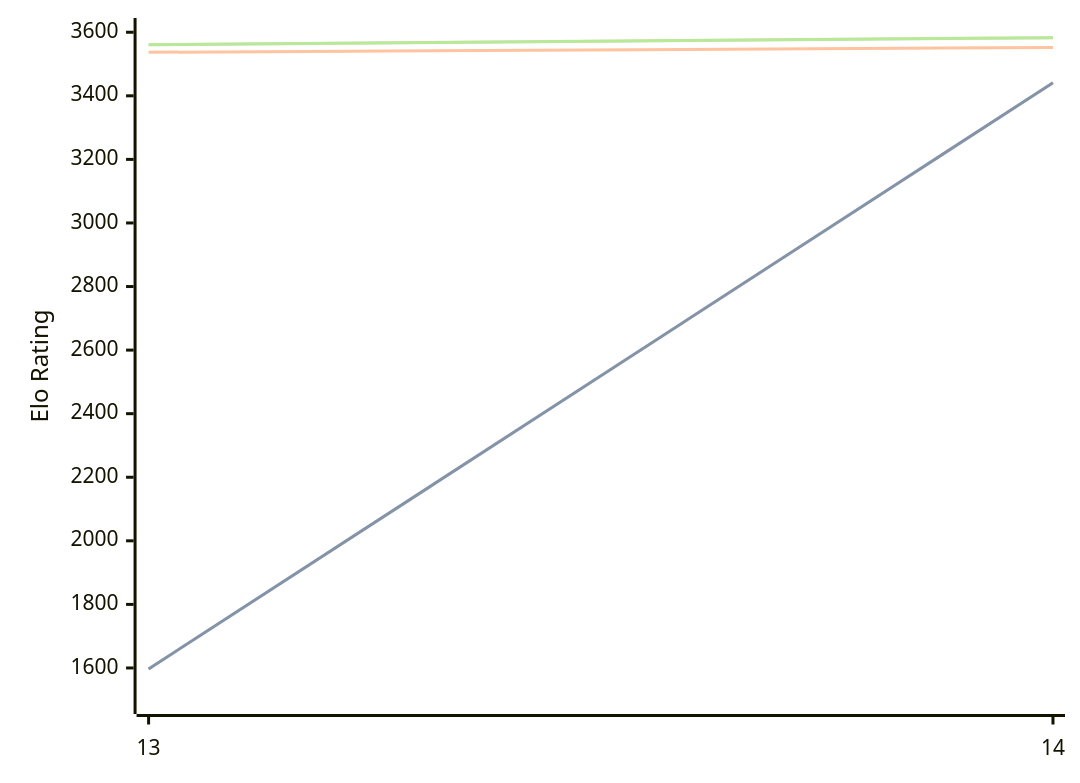
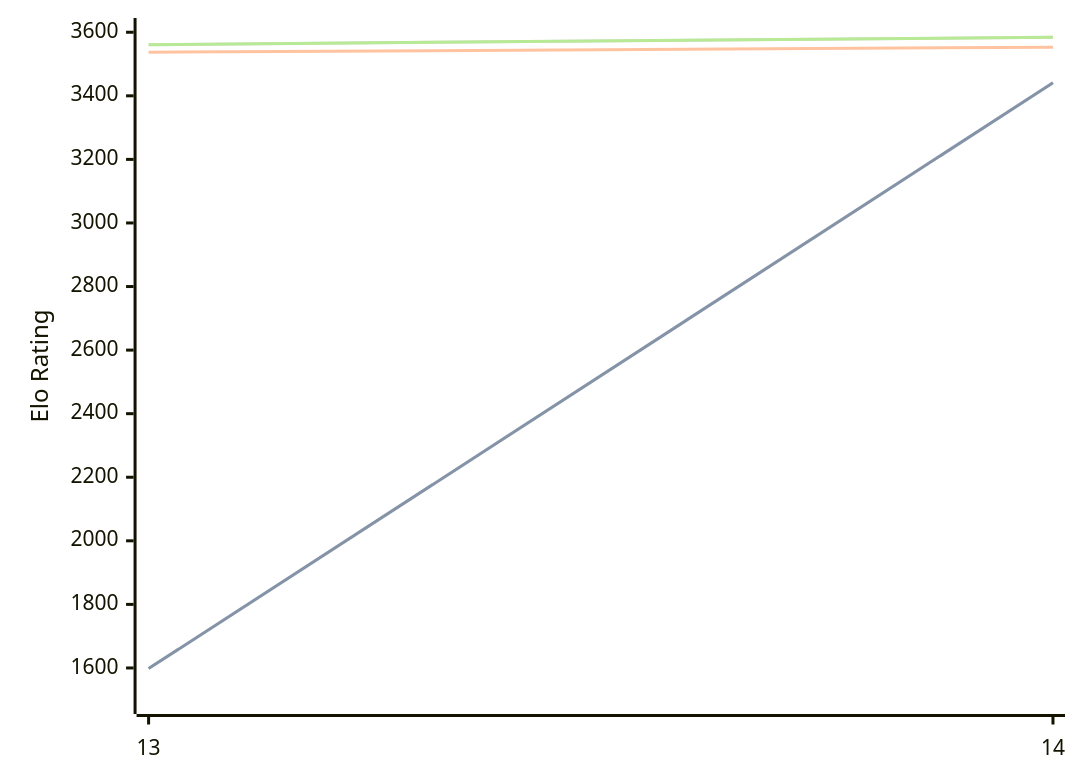
Before and after one commit to computer-chess-index/cci: the diagram in engines/Berserk.md, drawn with Mermaid. The commit also changed other lines of this file, not shown here.

Commit message:
Update CCI Ratings (ELO VLTC) - 2026-10-08

````diff
--- a/engines/Berserk.md
+++ b/engines/Berserk.md
@@ -33,11 +33,11 @@
 ```mermaid
 %%{init: {"theme":"base","themeVariables":{"seriesColors:['#a3a3a3','#222221','#faa371']}}}%%
 xychart-beta
   x-axis ["13", "14"]
   y-axis "Elo Rating" 1500 --> 3600
-  line "" [1597, 3441]
-  line "STC (8.0+0.08s)" [1597, 3441]
-  line "LTC (60.0+0.60s)" [3537, 3552]
-  line "" [3561, 3583]
-  line "VLTC (2m24s+1.12s)" [3561, 3583]
+  line "" [1598, 3441]
+  line "STC (8.0+0.08s)" [1598, 3441]
+  line "LTC (60.0+0.60s)" [3537, 3553]
+  line "" [3561, 3584]
+  line "VLTC (2m24s+1.12s)" [3561, 3584]
 ```
````
